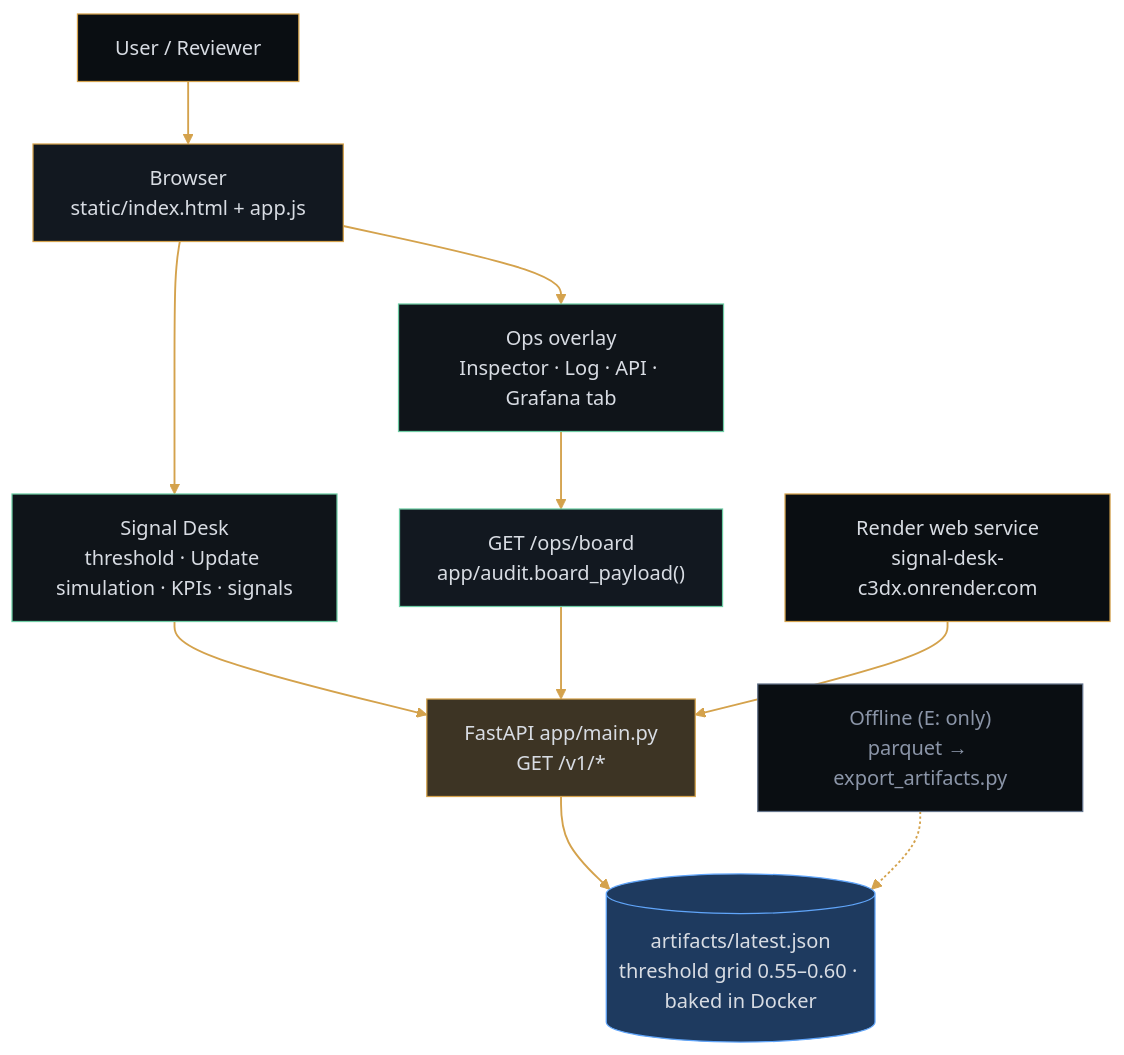
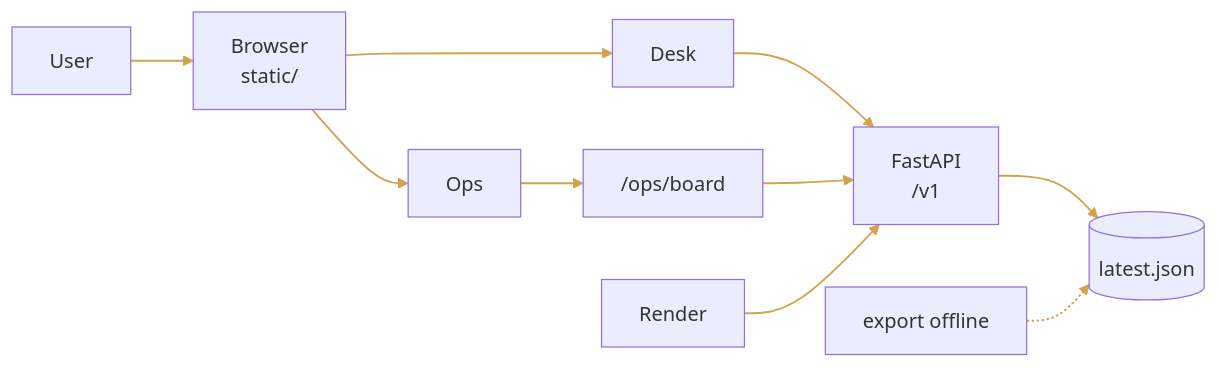
One commit to zakard114/signal-desk changed the diagram in README.md. Above: the diagram before and after it, drawn with Mermaid. The commit also changed other lines of this file and 12 other files, not shown here.

Commit message:
README: full-width Ops, rubric Claimed column, compact mermaid; redo desk callouts

````diff
--- a/README.md
+++ b/README.md
@@ -158,24 +160,14 @@
 ```mermaid
-flowchart TD
-    User["User / Reviewer"] --> Browser["Browser<br/>static/index.html + app.js"]
-    Browser --> Desk["Signal Desk<br/>threshold · Update simulation · KPIs · signals"]
-    Browser --> Ops["Ops overlay<br/>Inspector · Log · API · Grafana tab"]
-    Desk --> API["FastAPI app/main.py<br/>GET /v1/*"]
-    Ops --> Board["GET /ops/board<br/>app/audit.board_payload()"]
-    API --> Artifact[("artifacts/latest.json<br/>threshold grid 0.55–0.60 · baked in Docker")]
-    Board --> API
-    Export["Offline (E: only)<br/>parquet → export_artifacts.py"] -.-> Artifact
-    Render["Render web service<br/>signal-desk-c3dx.onrender.com"] --> API
+flowchart LR
+    U["User"] --> B["Browser<br/>static/"]
+    B --> D["Desk"]
+    B --> O["Ops"]
+    D --> F["FastAPI<br/>/v1"]
+    O --> G["/ops/board"]
+    G --> F
+    F --> J[("latest.json")]
+    R["Render"] --> F
+    X["export offline"] -.-> J
 
     linkStyle default stroke:#d4a24c,stroke-width:1.5px
-
-    style User fill:#0a0e12,color:#d8dce3,stroke:#d4a24c
-    style Browser fill:#121820,color:#d8dce3,stroke:#d4a24c
-    style Desk fill:#0f1419,color:#d8dce3,stroke:#6dcca4
-    style Ops fill:#0f1419,color:#d8dce3,stroke:#6dcca4
-    style API fill:#3d3424,color:#d8dce3,stroke:#d4a24c
-    style Board fill:#121820,color:#d8dce3,stroke:#6dcca4
-    style Artifact fill:#1e3a5f,color:#d8dce3,stroke:#60a5fa
-    style Export fill:#0a0e12,color:#8b95a8,stroke:#64748b
-    style Render fill:#0a0e12,color:#d8dce3,stroke:#d4a24c
 ```
````
